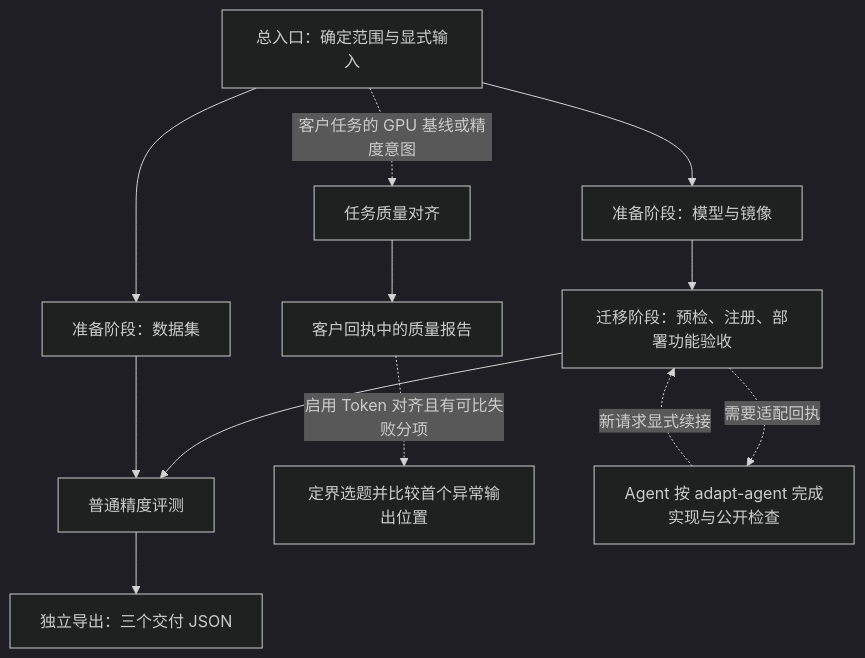
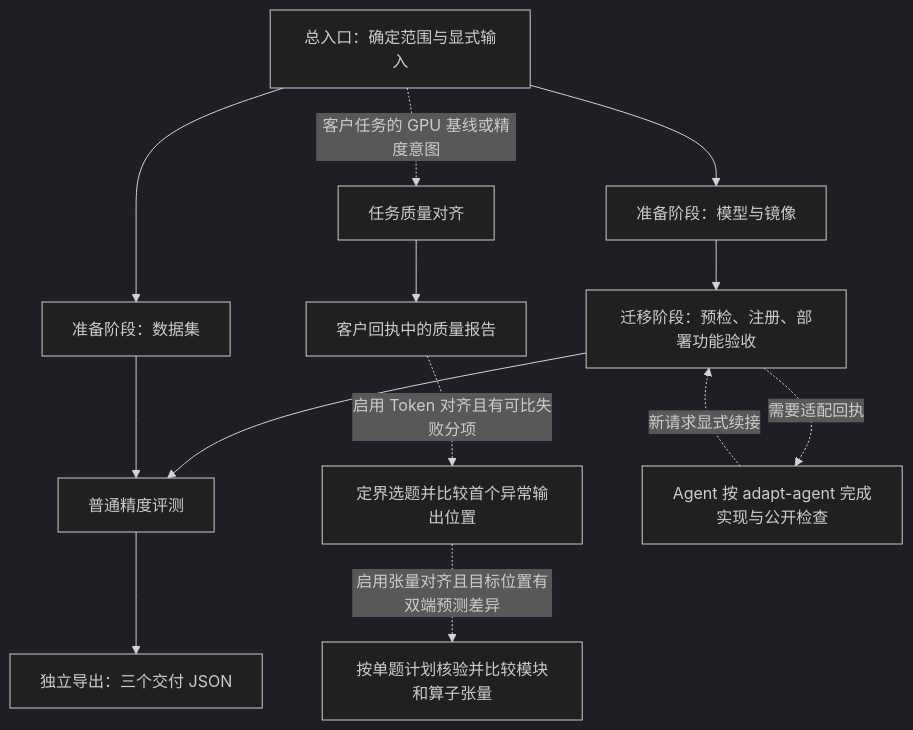
Before and after one commit to 23japhone/model-migration: the diagram in docs/ARCHITECTURE.md, drawn with Mermaid (dark theme). The commit also changed other lines of this file and 13 other files, not shown here.

````diff
--- a/docs/ARCHITECTURE.md
+++ b/docs/ARCHITECTURE.md
@@ -127,14 +127,15 @@
 ```mermaid
 flowchart TD
     E[总入口：确定范围与显式输入] --> P[准备阶段：模型与镜像]
     E --> D[准备阶段：数据集]
     P --> M[迁移阶段：预检、注册、部署功能验收]
     M --> A[普通精度评测]
     D --> A
     A --> H[独立导出：三个交付 JSON]
     E -. 客户任务的 GPU 基线或精度意图 .-> Q[任务质量对齐]
     Q --> S[客户回执中的质量报告]
     S -. 启用 Token 对齐且有可比失败分项 .-> T[定界选题并比较首个异常输出位置]
+    T -. 启用张量对齐且目标位置有双端预测差异 .-> X[按单题计划核验并比较模块和算子张量]
     M -. 需要适配回执 .-> R[Agent 按 adapt-agent 完成实现与公开检查]
     R -. 新请求显式续接 .-> M
 ```
````
